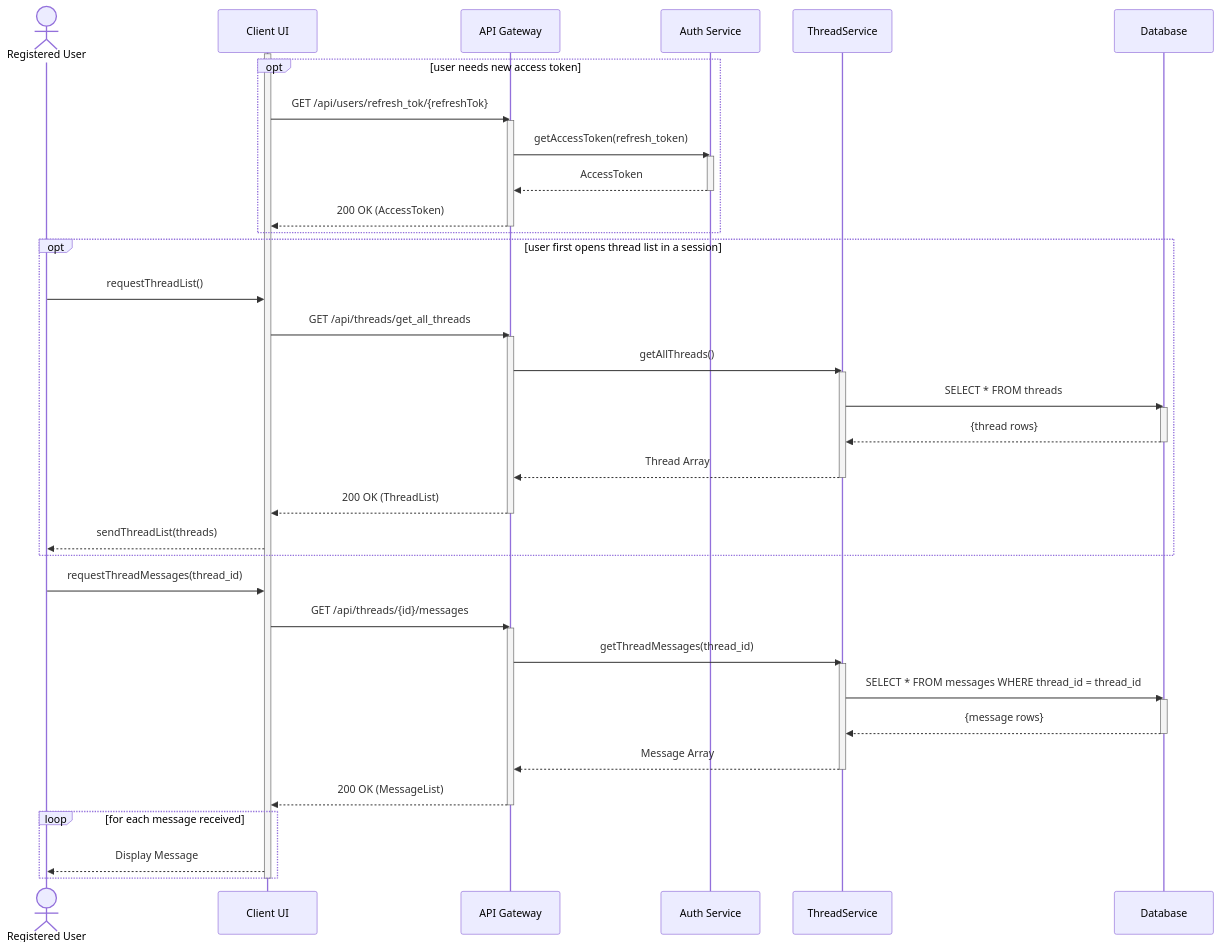
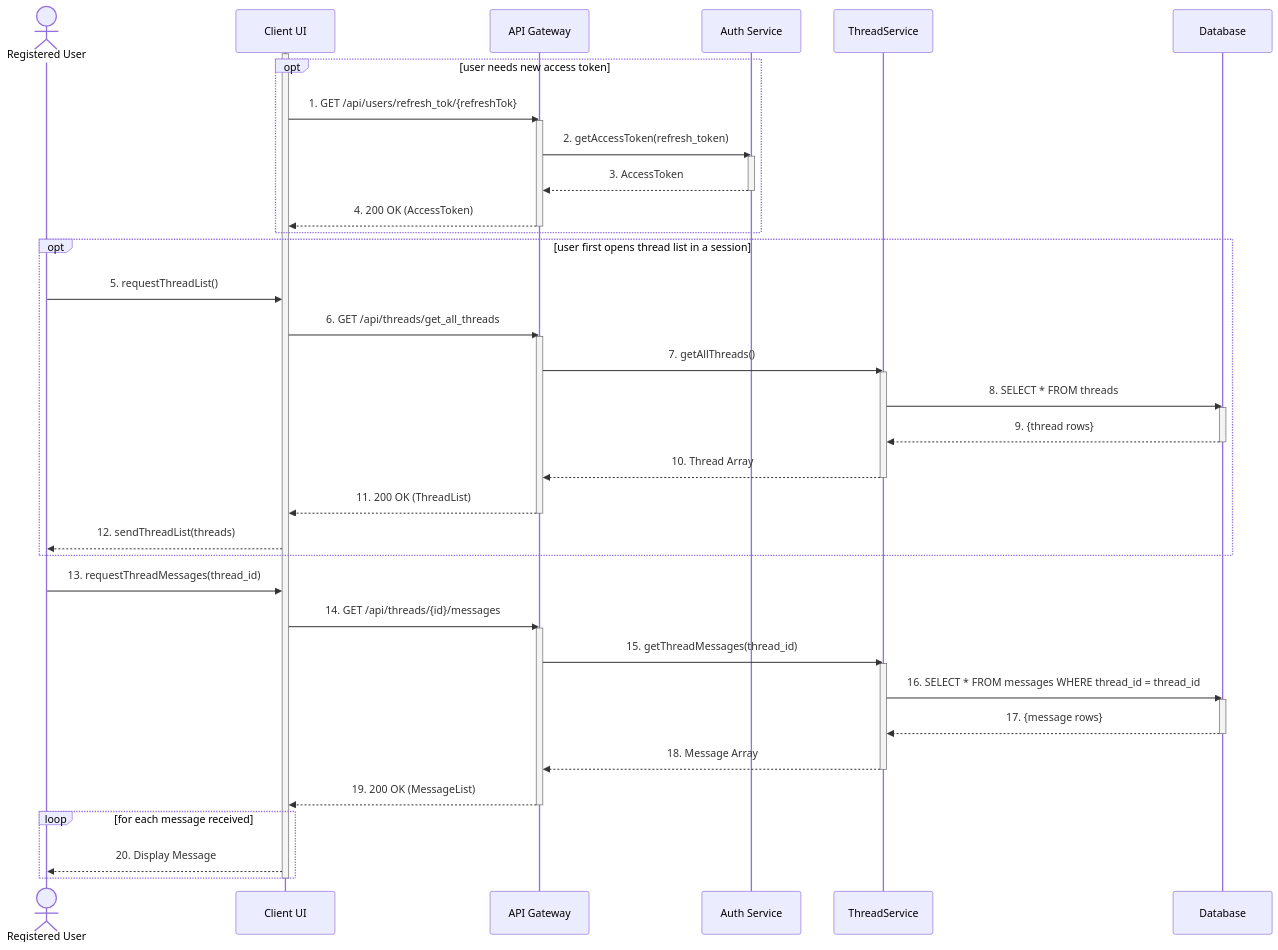
The diagram in lab3/SCN4.mmd (GarniyHlopchik/KPI_MAVPA), drawn with Mermaid before and after one commit. The commit also changed 1 other file, not shown here.

```diff
--- a/lab3/SCN4.mmd
+++ b/lab3/SCN4.mmd
@@ -1,63 +1,63 @@
 sequenceDiagram
 
     Actor User as Registered User
     participant UI as Client UI
     participant API as API Gateway
     participant AS as Auth Service
     participant TS as ThreadService
     participant DB as Database
 
     activate UI
 
     opt user needs new access token
 
-    UI->>API: GET /api/users/refresh_tok/{refreshTok}
+    UI->>API: 1. GET /api/users/refresh_tok/{refreshTok}
     activate API
-    API->>AS: getAccessToken(refresh_token)
+    API->>AS: 2. getAccessToken(refresh_token)
     activate AS
-    AS-->>API: AccessToken
+    AS-->>API: 3. AccessToken
     deactivate AS
-    API-->>UI: 200 OK (AccessToken)
+    API-->>UI: 4. 200 OK (AccessToken)
     deactivate API
 
 
     end
 
     opt user first opens thread list in a session
 
-    User->>UI: requestThreadList()
-    UI->>API: GET /api/threads/get_all_threads
+    User->>UI: 5. requestThreadList()
+    UI->>API: 6. GET /api/threads/get_all_threads
     activate API
-    API->>TS: getAllThreads()
+    API->>TS: 7. getAllThreads()
     activate TS
-    TS->>DB: SELECT * FROM threads
+    TS->>DB: 8. SELECT * FROM threads
     activate DB
-    DB-->>TS: {thread rows}
+    DB-->>TS: 9. {thread rows}
     deactivate DB
-    TS-->>API: Thread Array
+    TS-->>API: 10. Thread Array
     deactivate TS
-    API-->>UI: 200 OK (ThreadList)
+    API-->>UI: 11. 200 OK (ThreadList)
     deactivate API
-    UI-->>User: sendThreadList(threads)
+    UI-->>User: 12. sendThreadList(threads)
 
     end
 
-    User->>UI: requestThreadMessages(thread_id)
-    UI->>API: GET /api/threads/{id}/messages
+    User->>UI: 13. requestThreadMessages(thread_id)
+    UI->>API: 14. GET /api/threads/{id}/messages
     activate API
-    API->>TS: getThreadMessages(thread_id)
+    API->>TS: 15. getThreadMessages(thread_id)
     activate TS
-    TS->>DB: SELECT * FROM messages WHERE thread_id = thread_id
+    TS->>DB: 16. SELECT * FROM messages WHERE thread_id = thread_id
     activate DB
-    DB-->>TS: {message rows}
+    DB-->>TS: 17. {message rows}
     deactivate DB
-    TS-->>API: Message Array
+    TS-->>API: 18. Message Array
     deactivate TS
-    API-->>UI: 200 OK (MessageList)
+    API-->>UI: 19. 200 OK (MessageList)
     deactivate API
 
     loop for each message received
-    UI-->>User: Display Message
+    UI-->>User: 20. Display Message
     end
 
     deactivate UI
```
